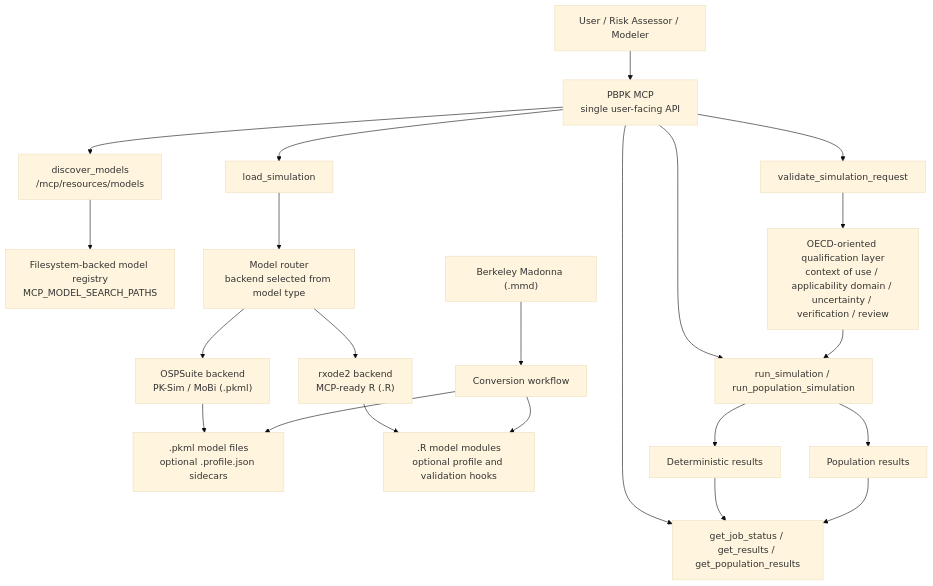
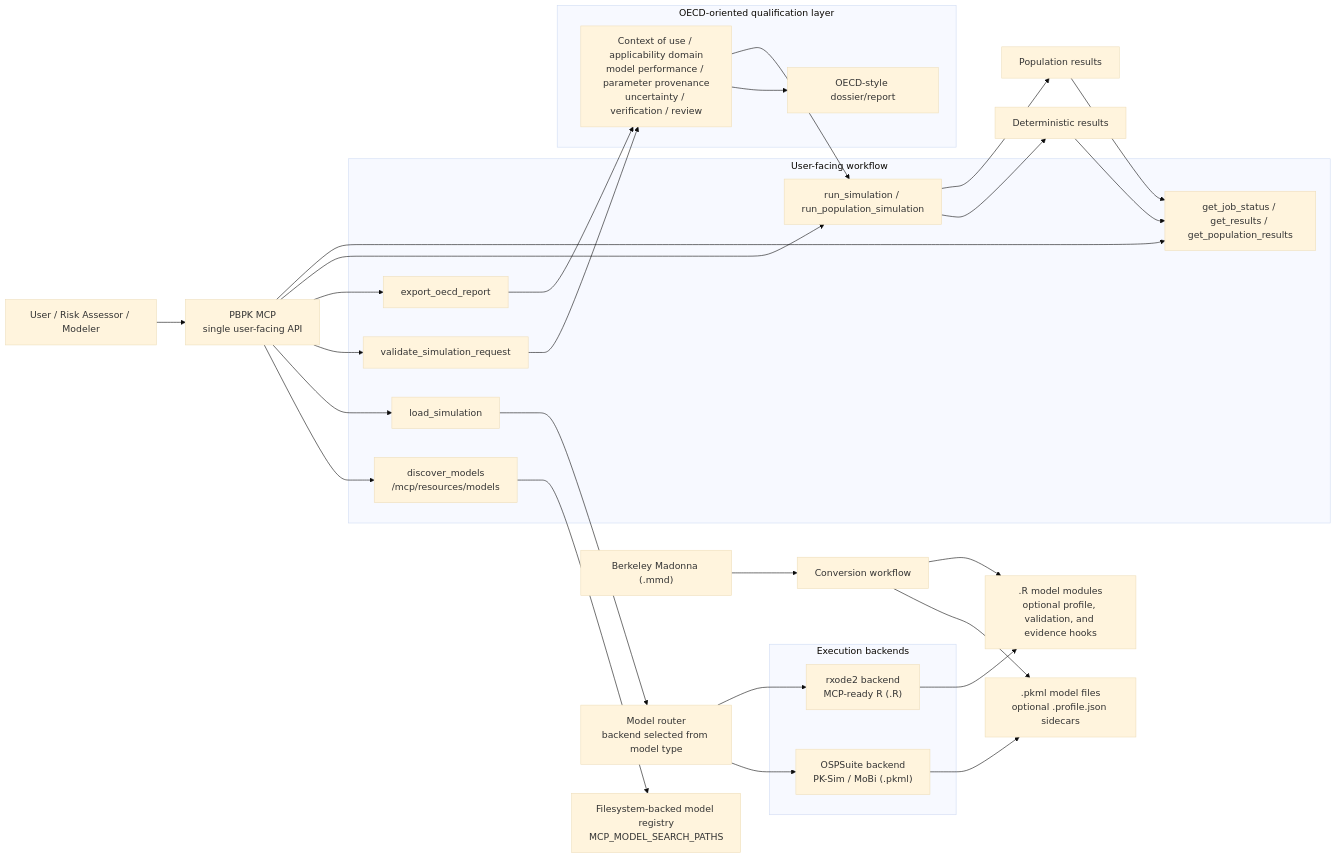
Before and after one commit to ToxMCP/pbpk-mcp: the diagram in README.md, drawn with Mermaid (base theme). The commit also changed other lines of this file and 20 other files, not shown here.

Commit message:
Add OECD report export and release readiness workflow

````diff
--- a/README.md
+++ b/README.md
@@ -147,31 +23,53 @@
 ```mermaid
-flowchart TD
+flowchart LR
     user["User / Risk Assessor / Modeler"] --> api["PBPK MCP<br/>single user-facing API"]
 
-    api --> discover["discover_models<br/>/mcp/resources/models"]
-    api --> load["load_simulation"]
-    api --> validate["validate_simulation_request"]
-    api --> run["run_simulation / run_population_simulation"]
-    api --> results["get_job_status / get_results / get_population_results"]
+    subgraph workflow["User-facing workflow"]
+        discover["discover_models<br/>/mcp/resources/models"]
+        load["load_simulation"]
+        validate["validate_simulation_request"]
+        report["export_oecd_report"]
+        run["run_simulation / run_population_simulation"]
+        results["get_job_status / get_results / get_population_results"]
+    end
+
+    api --> discover
+    api --> load
+    api --> validate
+    api --> report
+    api --> run
+    api --> results
 
     discover --> registry["Filesystem-backed model registry<br/>MCP_MODEL_SEARCH_PATHS"]
     load --> router["Model router<br/>backend selected from model type"]
 
-    router --> ospsuite["OSPSuite backend<br/>PK-Sim / MoBi (.pkml)"]
-    router --> rxode2["rxode2 backend<br/>MCP-ready R (.R)"]
+    subgraph backends["Execution backends"]
+        ospsuite["OSPSuite backend<br/>PK-Sim / MoBi (.pkml)"]
+        rxode2["rxode2 backend<br/>MCP-ready R (.R)"]
+    end
+
+    router --> ospsuite
+    router --> rxode2
 
     ospsuite --> pkml[".pkml model files<br/>optional .profile.json sidecars"]
-    rxode2 --> rmodels[".R model modules<br/>optional profile and validation hooks"]
+    rxode2 --> rmodels[".R model modules<br/>optional profile, validation, and evidence hooks"]
 
-    validate --> qualification["OECD-oriented qualification layer<br/>context of use / applicability domain / uncertainty / verification / review"]
-    qualification --> run
+    subgraph qualification["OECD-oriented qualification layer"]
+        qualmeta["Context of use / applicability domain<br/>model performance / parameter provenance<br/>uncertainty / verification / review"]
+        dossier["OECD-style dossier/report"]
+    end
+
+    validate --> qualmeta
+    report --> qualmeta
+    qualmeta --> dossier
+    qualmeta --> run
 
     mmadonna["Berkeley Madonna (.mmd)"] --> convert["Conversion workflow"]
     convert --> pkml
     convert --> rmodels
 
     run --> det["Deterministic results"]
     run --> pop["Population results"]
     det --> results
     pop --> results
 ```
````
